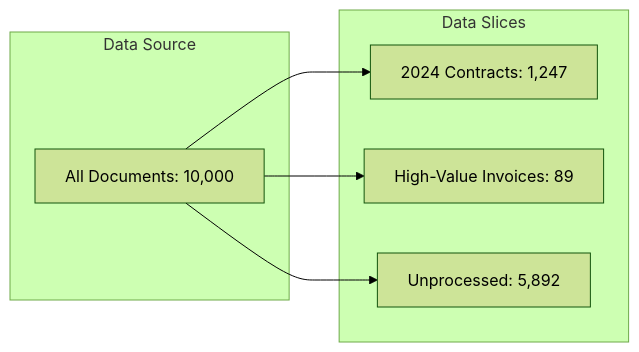
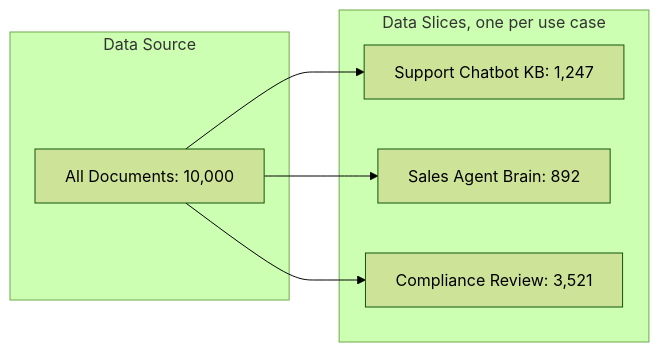
Before and after one commit to Deasie-internal/deasy-docs: the diagram in concepts/data-slices.mdx, drawn with Mermaid (forest theme). The commit also changed other lines of this file and 32 other files, not shown here.

````diff
--- a/concepts/data-slices.mdx
+++ b/concepts/data-slices.mdx
@@ -30,16 +30,16 @@
 ```mermaid
 flowchart LR
     subgraph source [Data Source]
         ALL[All Documents: 10,000]
     end
     
-    subgraph slices [Data Slices]
-        S1[2024 Contracts: 1,247]
-        S2[High-Value Invoices: 89]
-        S3[Unprocessed: 5,892]
+    subgraph slices [Data Slices, one per use case]
+        S1[Support Chatbot KB: 1,247]
+        S2[Sales Agent Brain: 892]
+        S3[Compliance Review: 3,521]
     end
     
     ALL --> S1
     ALL --> S2
     ALL --> S3
 ```
````
